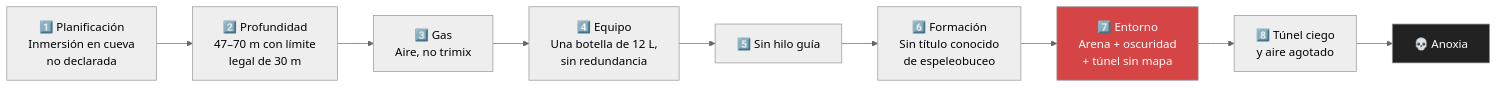
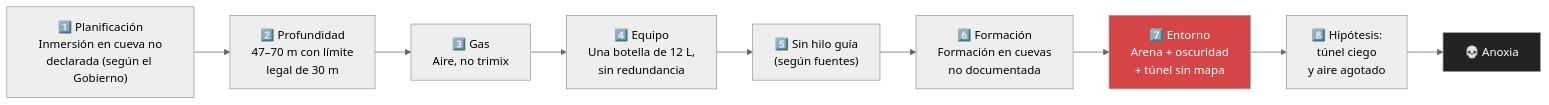
The second of 2 diagrams in README.md (Oskillar28/cueva-vaavu-maldivas), drawn with Mermaid (neutral theme) before and after one commit. The commit also changed other lines of this file and 10 other files, not shown here.

````diff
--- a/README.md
+++ b/README.md
@@ -386,13 +394,13 @@
 ```mermaid
 flowchart LR
-    A["1️⃣ Planificación<br/>Inmersión en cueva<br/>no declarada"] --> B["2️⃣ Profundidad<br/>47–70 m con límite<br/>legal de 30 m"]
+    A["1️⃣ Planificación<br/>Inmersión en cueva no<br/>declarada (según el Gobierno)"] --> B["2️⃣ Profundidad<br/>47–70 m con límite<br/>legal de 30 m"]
     B --> C["3️⃣ Gas<br/>Aire, no trimix"]
     C --> D["4️⃣ Equipo<br/>Una botella de 12 L,<br/>sin redundancia"]
-    D --> E["5️⃣ Sin hilo guía"]
-    E --> F["6️⃣ Formación<br/>Sin título conocido<br/>de espeleobuceo"]
+    D --> E["5️⃣ Sin hilo guía<br/>(según fuentes)"]
+    E --> F["6️⃣ Formación<br/>Formación en cuevas<br/>no documentada"]
     F --> G["7️⃣ Entorno<br/>Arena + oscuridad<br/>+ túnel sin mapa"]
-    G --> H["8️⃣ Túnel ciego<br/>y aire agotado"]
+    G --> H["8️⃣ Hipótesis:<br/>túnel ciego<br/>y aire agotado"]
     H --> I["💀 Anoxia"]
     style G fill:#d64545,color:#fff
     style I fill:#222,color:#fff
 ```
````
